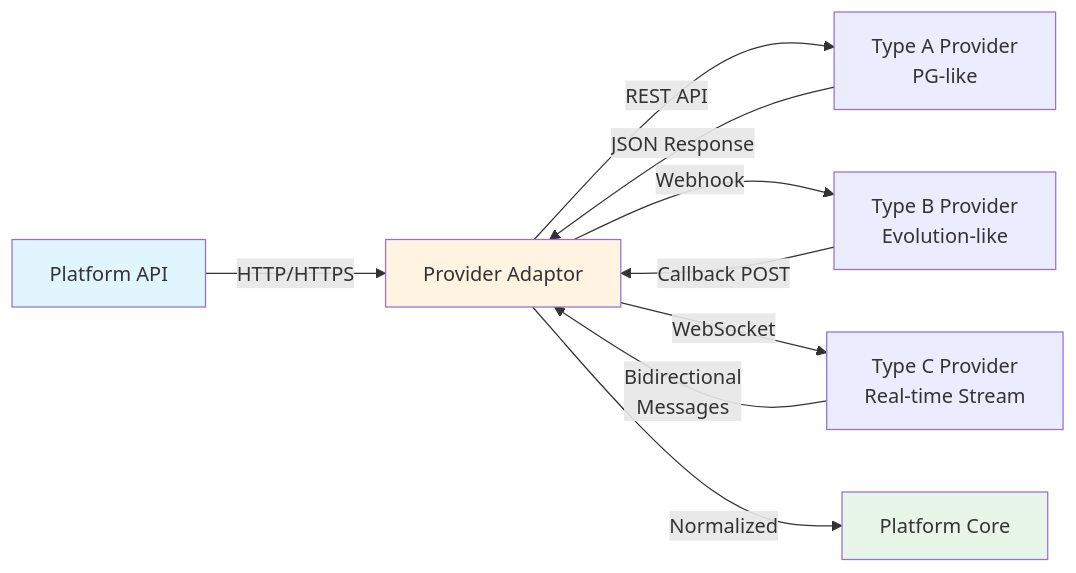
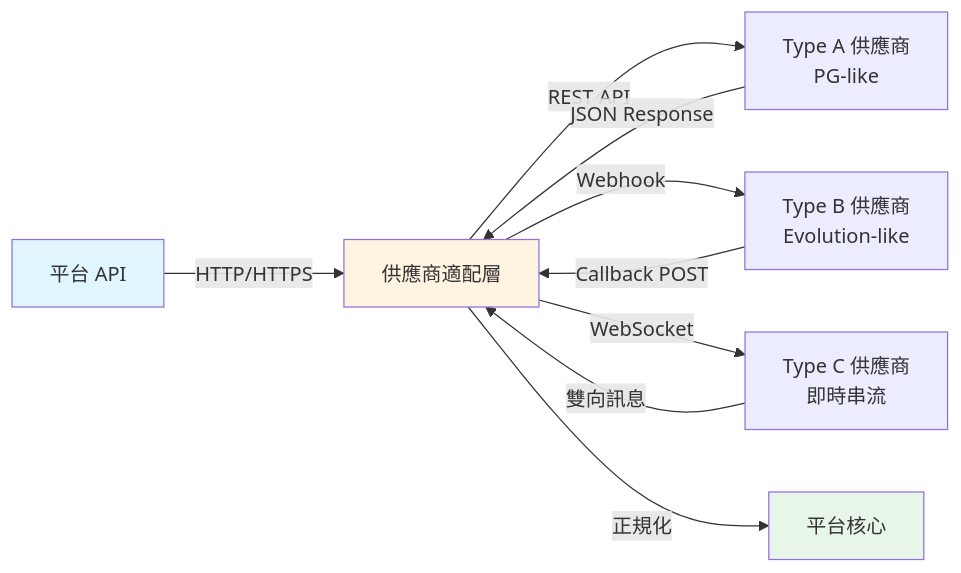
Before and after one commit to ron03wlb/smart-admin: the diagram in docs/iGaming/architecture/03_Game_Integration/Game_Integration_Protocols.md, drawn with Mermaid. The commit also changed other lines of this file and 4 other files, not shown here.

````diff
--- a/docs/iGaming/architecture/03_Game_Integration/Game_Integration_Protocols.md
+++ b/docs/iGaming/architecture/03_Game_Integration/Game_Integration_Protocols.md
@@ -30,17 +30,17 @@
 ```mermaid
 graph LR
-    A[Platform API] -->|HTTP/HTTPS| B[Provider Adaptor]
-    B -->|REST API| C[Type A Provider<br/>PG-like]
-    B -->|Webhook| D[Type B Provider<br/>Evolution-like]
-    B -->|WebSocket| E[Type C Provider<br/>Real-time Stream]
+    A[平台 API] -->|HTTP/HTTPS| B[供應商適配層]
+    B -->|REST API| C[Type A 供應商<br/>PG-like]
+    B -->|Webhook| D[Type B 供應商<br/>Evolution-like]
+    B -->|WebSocket| E[Type C 供應商<br/>即時串流]
 
     C -->|JSON Response| B
     D -->|Callback POST| B
-    E -->|Bidirectional<br/>Messages| B
+    E -->|雙向訊息| B
 
-    B -->|Normalized| F[Platform Core]
+    B -->|正規化| F[平台核心]
 
     style A fill:#e1f5ff
     style B fill:#fff4e1
     style F fill:#e8f5e9
 ```
````
